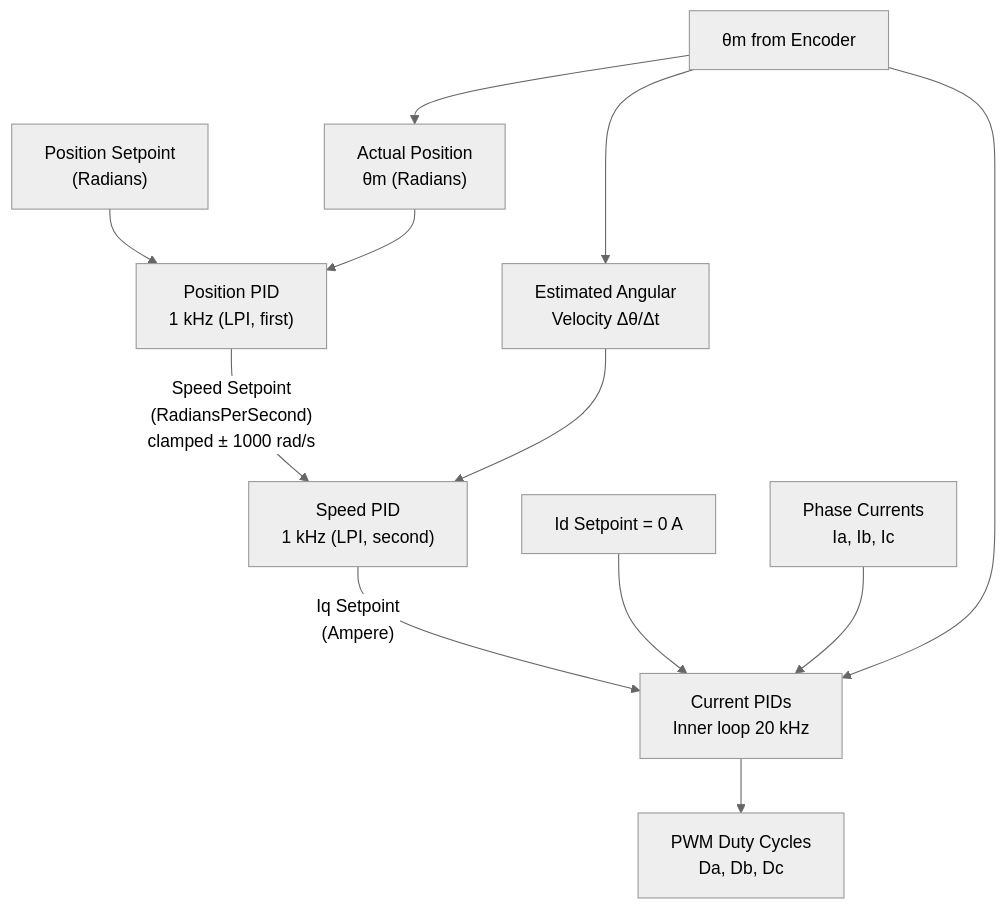
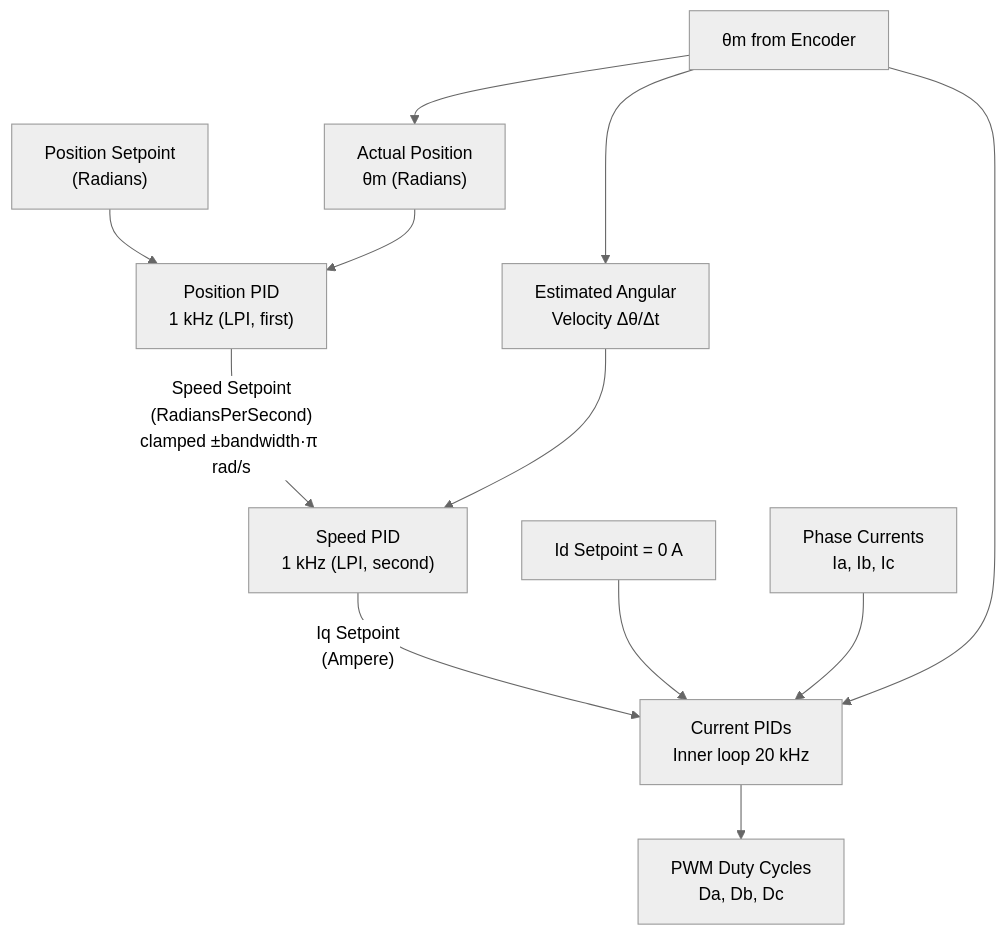
The first of 4 diagrams in documentation/design/foc-position.md (embedded-pro/e-foc), drawn with Mermaid (neutral theme) before and after one commit. The commit also changed other lines of this file and 87 other files, not shown here.

````diff
--- a/documentation/design/foc-position.md
+++ b/documentation/design/foc-position.md
@@ -61,14 +61,14 @@
 ```mermaid
 graph TB
     PSP["Position Setpoint\n(Radians)"] --> PPID["Position PID\n1 kHz (LPI, first)"]
     APOS["Actual Position\nθm (Radians)"] --> PPID
-    PPID -->|"Speed Setpoint\n(RadiansPerSecond)\nclamped ± 1000 rad/s"| SPID["Speed PID\n1 kHz (LPI, second)"]
+    PPID -->|"Speed Setpoint\n(RadiansPerSecond)\nclamped ±bandwidth·π rad/s"| SPID["Speed PID\n1 kHz (LPI, second)"]
     AV["Estimated Angular\nVelocity Δθ/Δt"] --> SPID
     SPID -->|"Iq Setpoint\n(Ampere)"| CPID["Current PIDs\nInner loop 20 kHz"]
     ZERO["Id Setpoint = 0 A"] --> CPID
     PHASES["Phase Currents\nIa, Ib, Ic"] --> CPID
     ANGLE["θm from Encoder"] --> CPID
     ANGLE --> AV
     ANGLE --> APOS
     CPID --> DUTY["PWM Duty Cycles\nDa, Db, Dc"]
 ```
````
